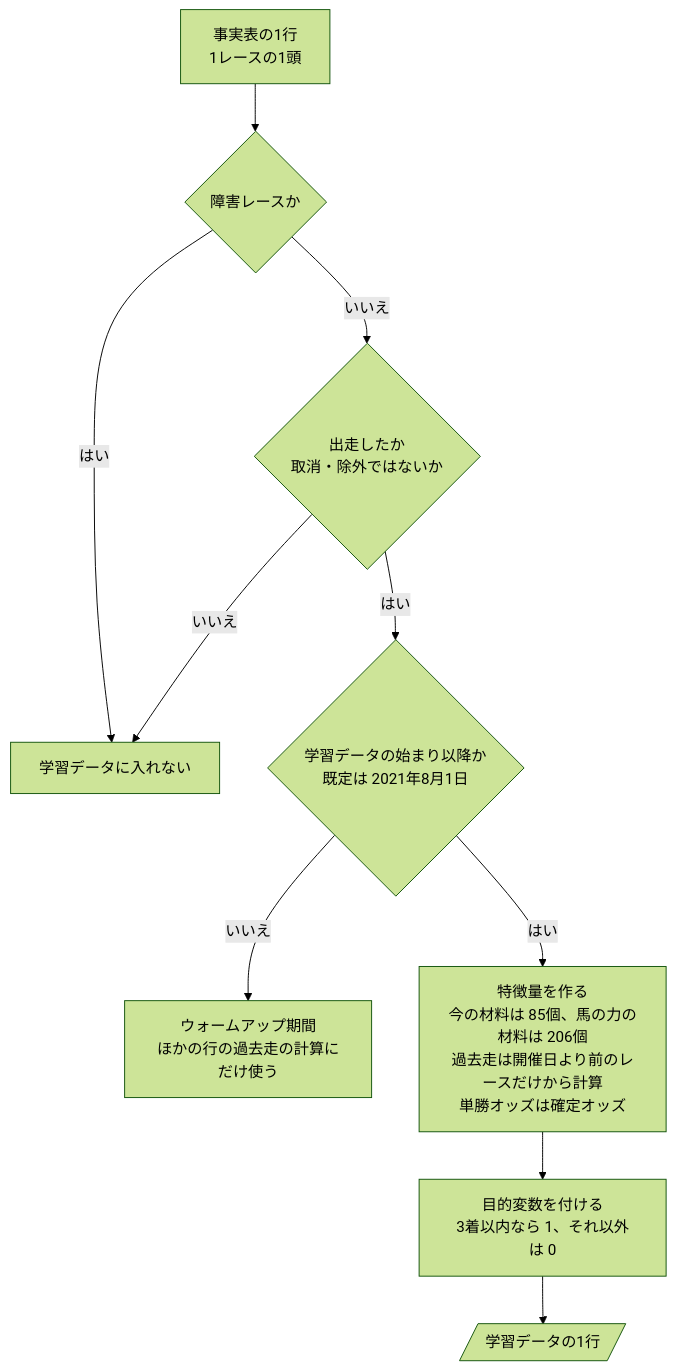
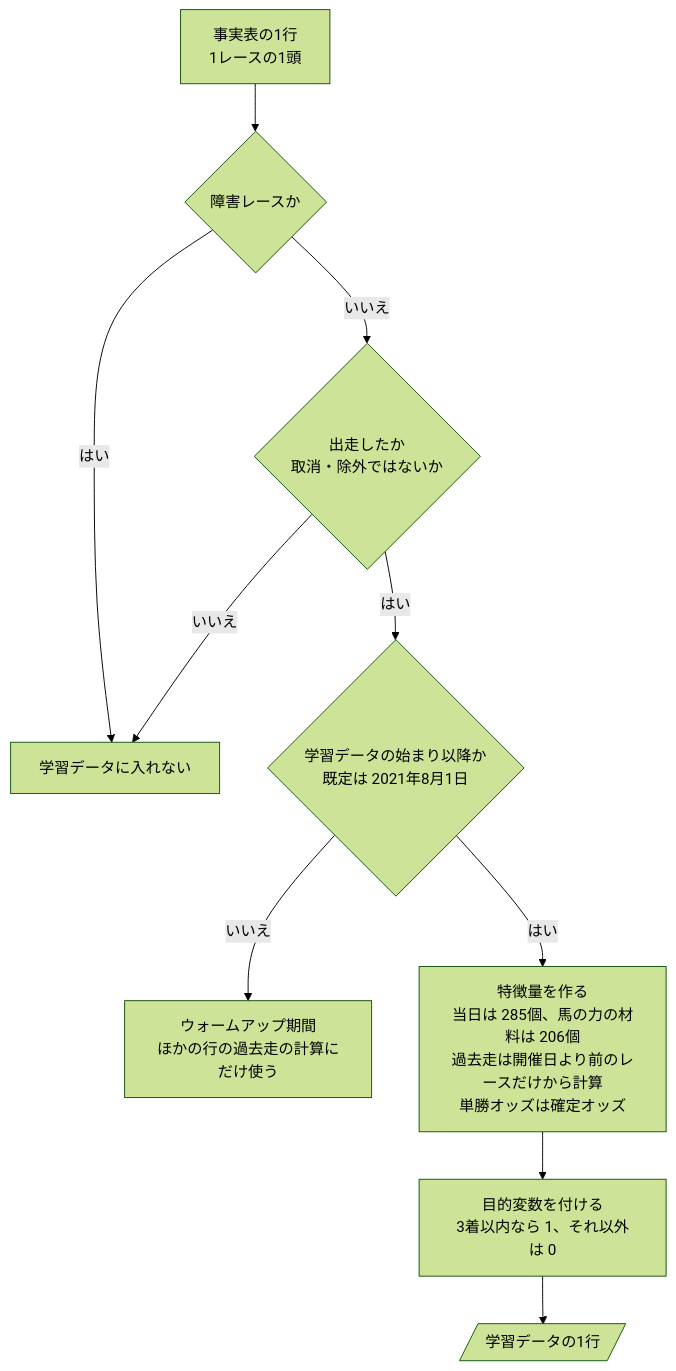
One commit to ht-0328/keiba-yosou changed the first of 3 diagrams in docs/design/近走と適性から3着以内を予想/06-flowchart.md. Above: the diagram before and after it, drawn with Mermaid (forest theme). The commit also changed other lines of this file and 9 other files, not shown here.

````diff
--- a/docs/design/近走と適性から3着以内を予想/06-flowchart.md
+++ b/docs/design/近走と適性から3着以内を予想/06-flowchart.md
@@ -26,12 +26,12 @@
 ```mermaid
 flowchart TD
     S["事実表の1行<br>1レースの1頭"] --> Q1{"障害レースか"}
     Q1 -->|はい| X["学習データに入れない"]
     Q1 -->|いいえ| Q2{"出走したか<br>取消・除外ではないか"}
     Q2 -->|いいえ| X
     Q2 -->|はい| Q3{"学習データの始まり以降か<br>既定は 2021年8月1日"}
     Q3 -->|いいえ| W["ウォームアップ期間<br>ほかの行の過去走の計算にだけ使う"]
-    Q3 -->|はい| F["特徴量を作る<br>今の材料は 85個、馬の力の材料は 206個<br>過去走は開催日より前のレースだけから計算<br>単勝オッズは確定オッズ"]
+    Q3 -->|はい| F["特徴量を作る<br>当日は 285個、馬の力の材料は 206個<br>過去走は開催日より前のレースだけから計算<br>単勝オッズは確定オッズ"]
     F --> T["目的変数を付ける<br>3着以内なら 1、それ以外は 0"]
     T --> R[/"学習データの1行"/]
 ```
````
